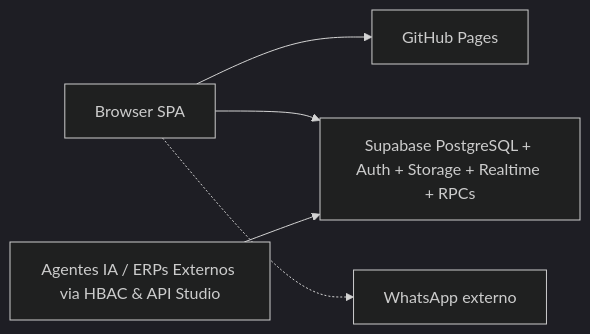
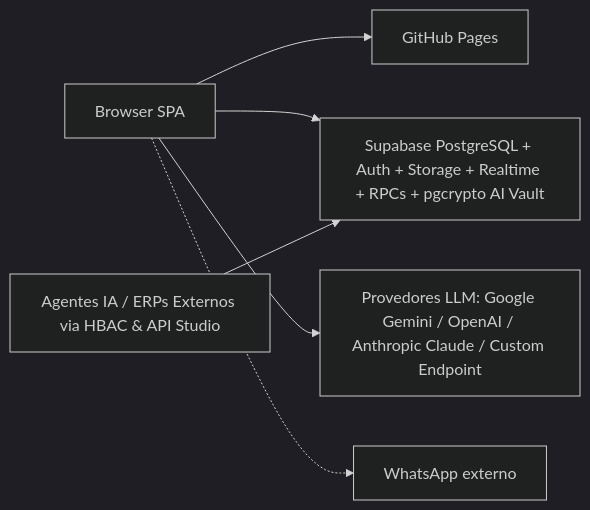
One commit to pycriador/olivelas-gestao-estoque changed the diagram in docs/pt-BR/architecture.md. Above: the diagram before and after it, drawn with Mermaid (dark theme). The commit also changed other lines of this file and 33 other files, not shown here.

Commit message:
feat(ai): multi-provider AI suite, pgcrypto vault, 5 commercial add-ons, copilot & docs update

````diff
--- a/docs/pt-BR/architecture.md
+++ b/docs/pt-BR/architecture.md
@@ -24,12 +24,14 @@
 ```mermaid
 flowchart LR
   Browser[Browser SPA]
   GH[GitHub Pages]
-  SB[Supabase PostgreSQL + Auth + Storage + Realtime + RPCs]
+  SB[Supabase PostgreSQL + Auth + Storage + Realtime + RPCs + pgcrypto AI Vault]
+  LLM[Provedores LLM: Google Gemini / OpenAI / Anthropic Claude / Custom Endpoint]
   WA[WhatsApp externo]
   AI[Agentes IA / ERPs Externos via HBAC & API Studio]
   Browser --> GH
   Browser --> SB
+  Browser --> LLM
   Browser -.-> WA
   AI --> SB
 ```
````
